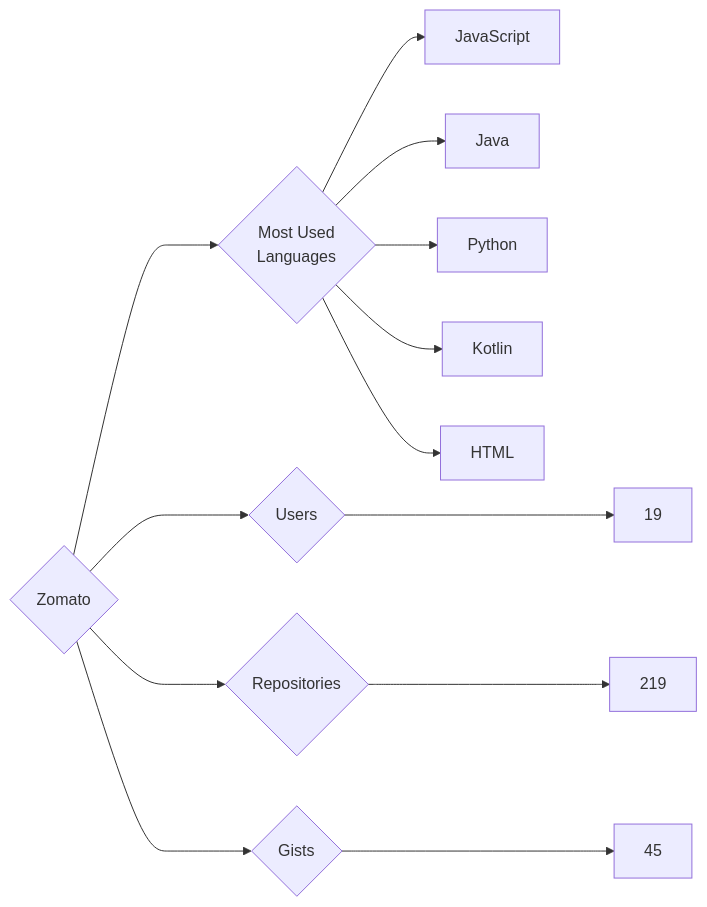
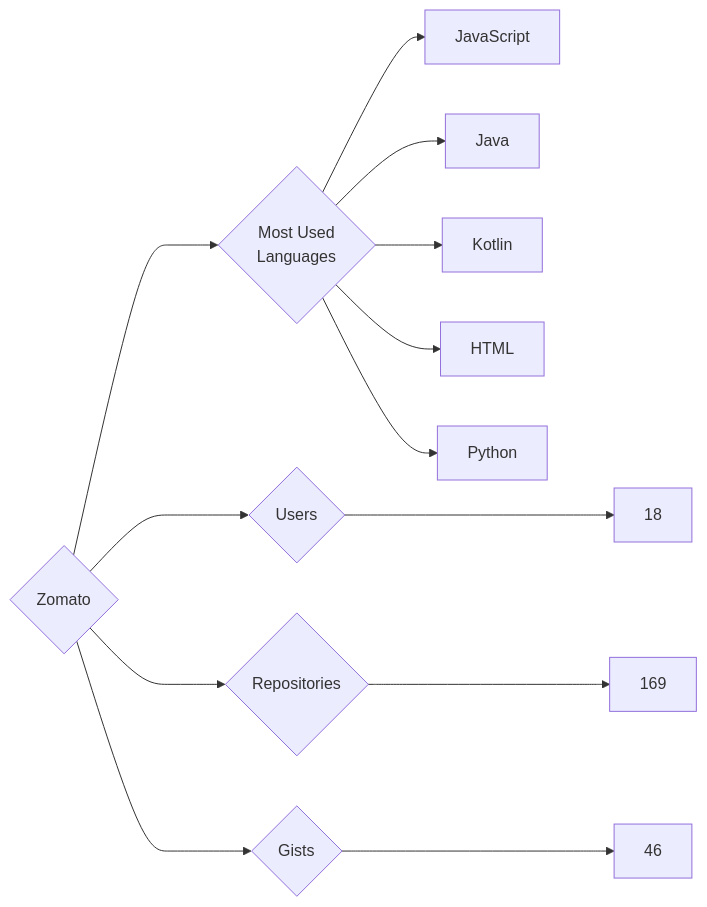
One commit to trickest/insiders changed the diagram in targets/Zomato/README.md. Above: the diagram before and after it, drawn with Mermaid. The commit also changed 1479 other files, not shown here.

````diff
--- a/targets/Zomato/README.md
+++ b/targets/Zomato/README.md
@@ -3,13 +3,13 @@
 ```mermaid
 graph LR
 COMPANY_NAME{Zomato}
-COMPANY_NAME ---> U{Users} ---> UN[19]
-COMPANY_NAME ---> R{Repositories} ---> RN[219]
-COMPANY_NAME ---> G{Gists} ---> GN[45]
+COMPANY_NAME ---> U{Users} ---> UN[18]
+COMPANY_NAME ---> R{Repositories} ---> RN[169]
+COMPANY_NAME ---> G{Gists} ---> GN[46]
 COMPANY_NAME ---> ML{Most Used<br>Languages}
 ML --> JavaScript[JavaScript]
 ML --> Java[Java]
-ML --> Python[Python]
 ML --> Kotlin[Kotlin]
 ML --> HTML[HTML]
+ML --> Python[Python]
 ```
````
